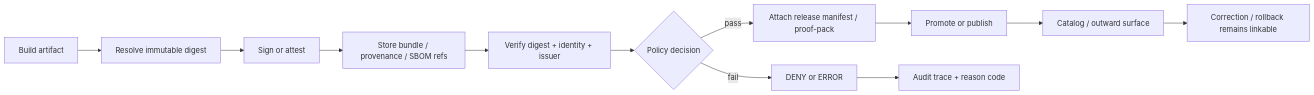
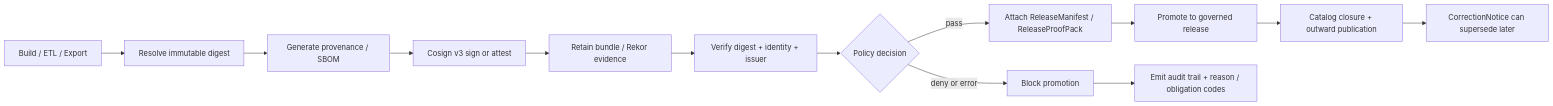
The diagram in docs/security/supply-chain/sigstore-cosign-v3/README.md (bartytime4life/Kansas-Frontier-Matrix), drawn with Mermaid before and after one commit. The commit also changed other lines of this file, not shown here.

````diff
--- a/docs/security/supply-chain/sigstore-cosign-v3/README.md
+++ b/docs/security/supply-chain/sigstore-cosign-v3/README.md
@@ -247,17 +239,18 @@
 ```mermaid
 flowchart LR
-    A[Build artifact] --> B[Resolve immutable digest]
-    B --> C[Sign or attest]
-    C --> D[Store bundle / provenance / SBOM refs]
-    D --> E[Verify digest + identity + issuer]
-    E --> F{Policy decision}
+    A[Build / ETL / Export] --> B[Resolve immutable digest]
+    B --> C[Generate provenance / SBOM]
+    C --> D[Cosign v3 sign or attest]
+    D --> E[Retain bundle / Rekor evidence]
+    E --> F[Verify digest + identity + issuer]
+    F --> G{Policy decision}
 
-    F -->|pass| G[Attach release manifest / proof-pack]
-    G --> H[Promote or publish]
+    G -->|pass| H[Attach ReleaseManifest / ReleaseProofPack]
+    H --> I[Promote to governed release]
+    I --> J[Catalog closure + outward publication]
 
-    F -->|fail| I[DENY or ERROR]
-    I --> J[Audit trace + reason code]
+    G -->|deny or error| K[Block promotion]
+    K --> L[Emit audit trail + reason / obligation codes]
 
-    H --> K[Catalog / outward surface]
-    K --> L[Correction / rollback remains linkable]
+    J --> M[CorrectionNotice can supersede later]
 ```
````
